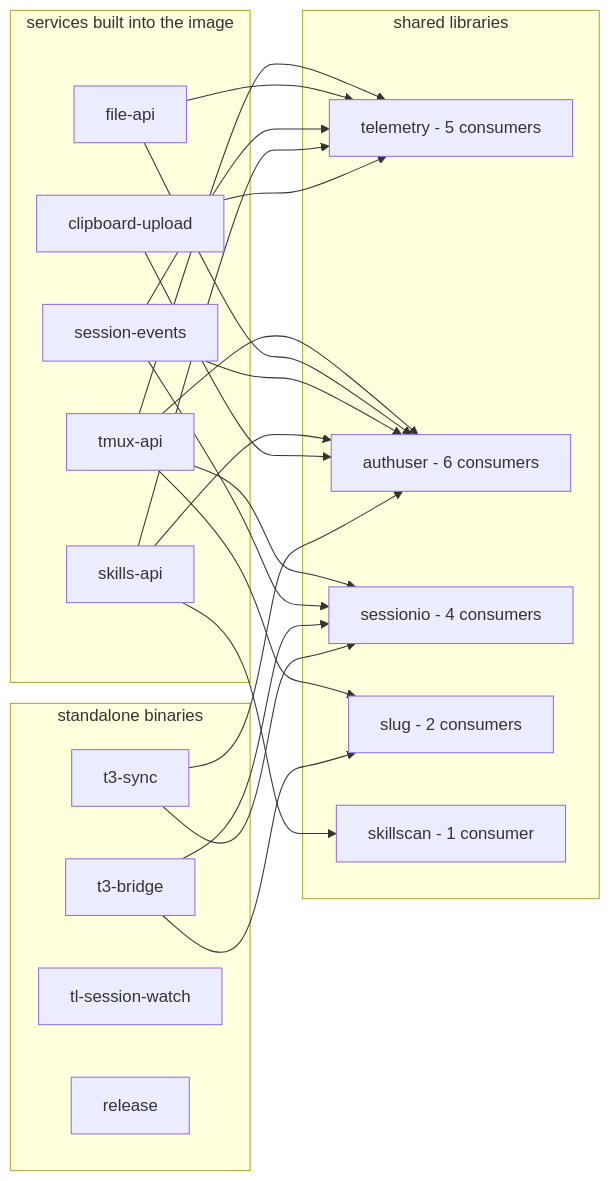
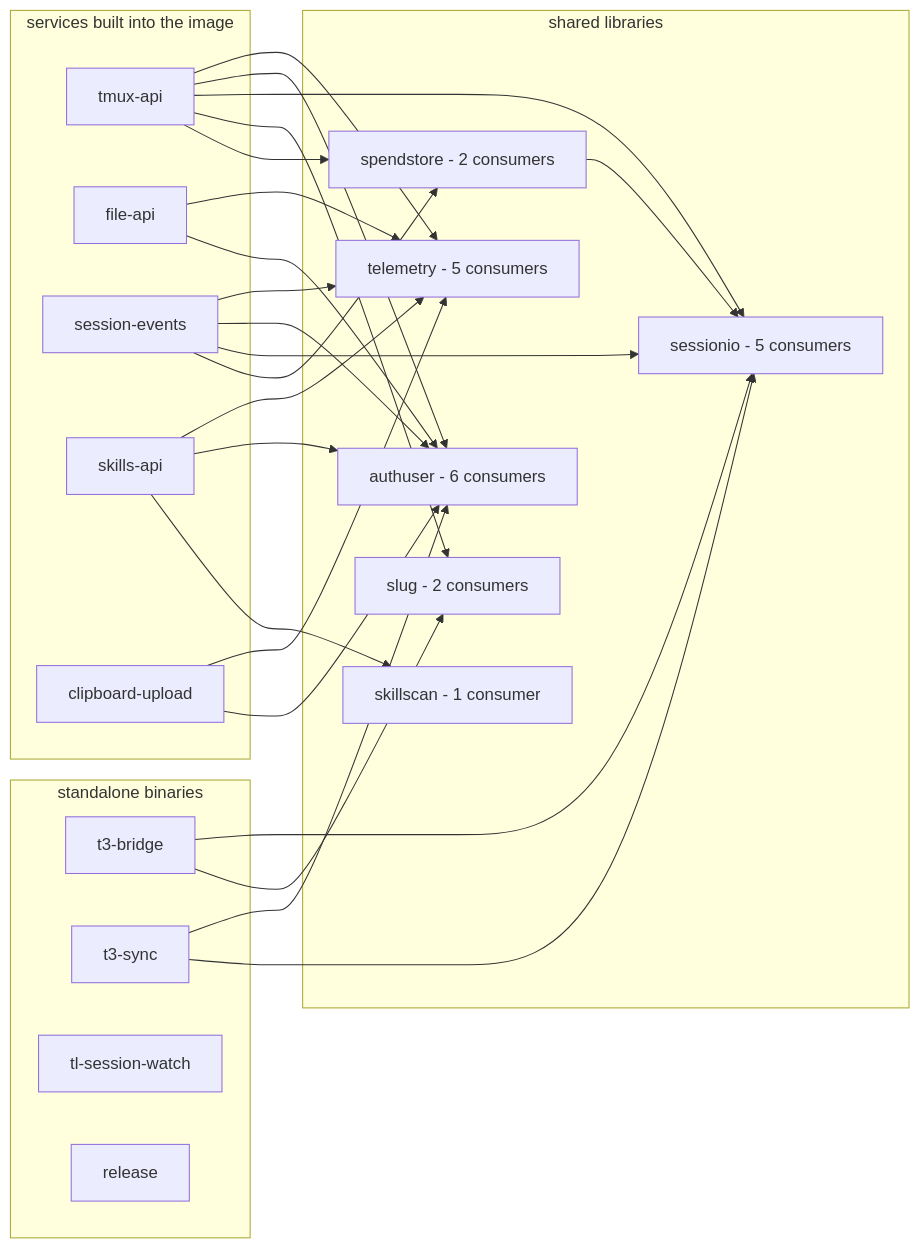
One commit to ViktorBarzin/terminal-lobby changed the diagram in docs/architecture.md. Above: the diagram before and after it, drawn with Mermaid. The commit also changed other lines of this file and 6 other files, not shown here.

````diff
--- a/docs/architecture.md
+++ b/docs/architecture.md
@@ -31,42 +33,46 @@
 ```mermaid
 flowchart LR
   subgraph libs["shared libraries"]
     telemetry["telemetry - 5 consumers"]
     authuser["authuser - 6 consumers"]
-    sessionio["sessionio - 4 consumers"]
+    sessionio["sessionio - 5 consumers"]
     slug["slug - 2 consumers"]
     skillscan["skillscan - 1 consumer"]
+    spendstore["spendstore - 2 consumers"]
   end
   subgraph shipped["services built into the image"]
     tmuxapi["tmux-api"]
     fileapi["file-api"]
     sessionevents["session-events"]
     skillsapi["skills-api"]
     clipboard["clipboard-upload"]
   end
   subgraph standalone["standalone binaries"]
     t3bridge["t3-bridge"]
     t3sync["t3-sync"]
     watch["tl-session-watch"]
     release["release"]
   end
 
   tmuxapi --> telemetry
   tmuxapi --> authuser
   tmuxapi --> sessionio
   tmuxapi --> slug
+  tmuxapi --> spendstore
   fileapi --> telemetry
   fileapi --> authuser
   sessionevents --> telemetry
   sessionevents --> authuser
   sessionevents --> sessionio
+  sessionevents --> spendstore
+  spendstore --> sessionio
   skillsapi --> telemetry
   skillsapi --> authuser
   skillsapi --> skillscan
   clipboard --> telemetry
   clipboard --> authuser
   t3bridge --> sessionio
   t3bridge --> slug
   t3sync --> authuser
   t3sync --> sessionio
 ```
````
